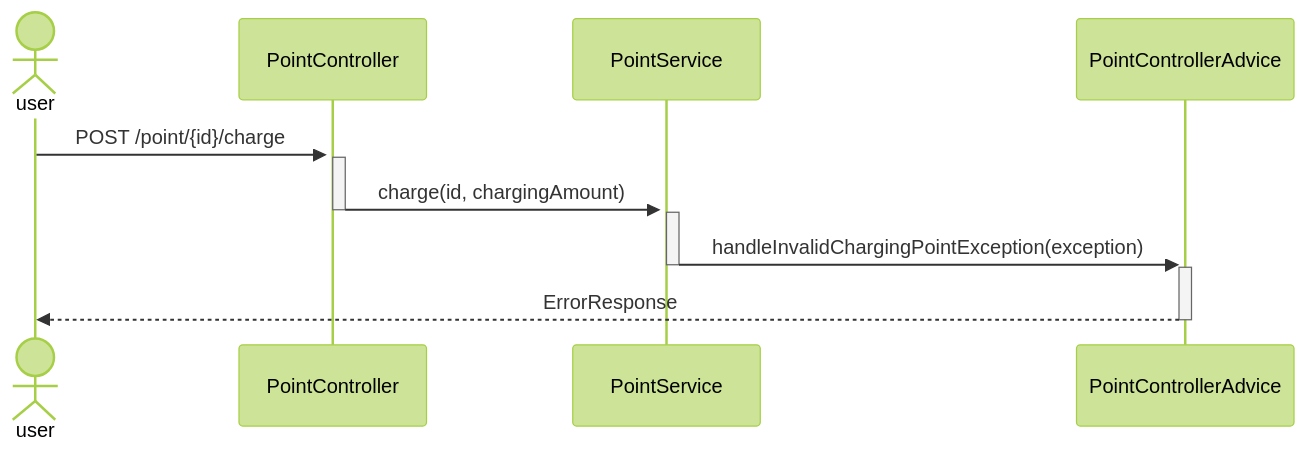
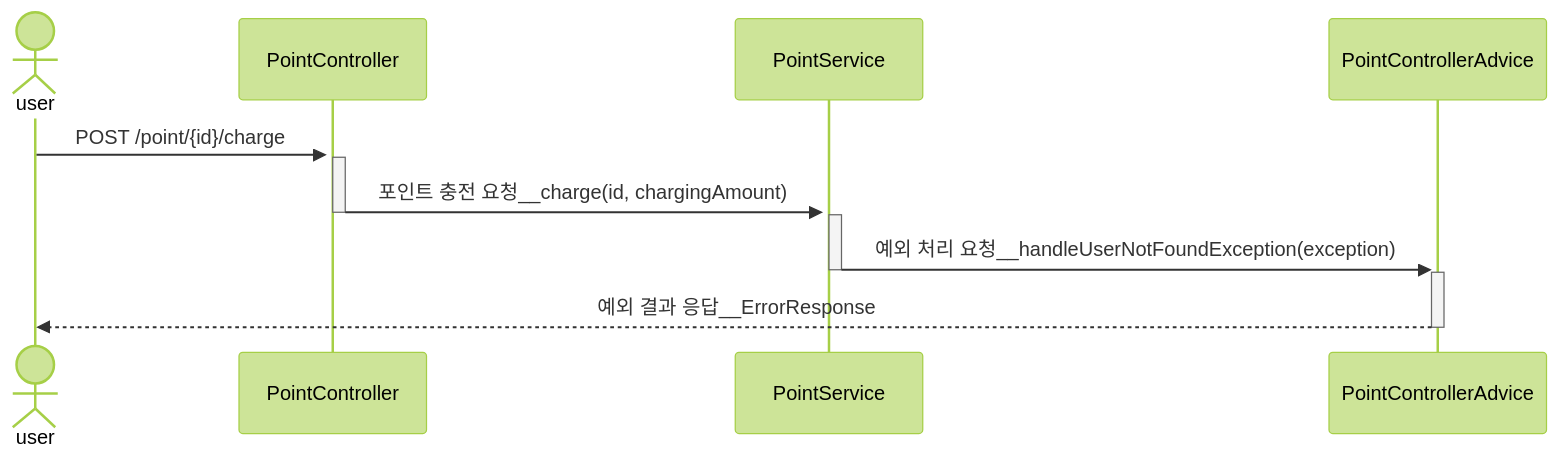
One commit to pbg0205/hhplus-tdd-java changed the second of 4 diagrams in documentation/유저_포인트_충전_API.md. Above: the diagram before and after it, drawn with Mermaid (forest theme). The commit also changed other lines of this file, not shown here.

Commit message:
docs: 유저 포인트 충전 API 행동 분석 실패 케이스 및 시퀀스 다이어그램 수정

````diff
--- a/documentation/유저_포인트_충전_API.md
+++ b/documentation/유저_포인트_충전_API.md
@@ -66,16 +71,16 @@
 ```mermaid
 sequenceDiagram
 actor user
-participant controller as PointController 
-participant service as PointService
-participant controllerAdvice as PointControllerAdvice 
+participant pointController as PointController 
+participant pointService as PointService
+participant pointControllerAdvice as PointControllerAdvice 
 
-user ->>+ controller: POST /point/{id}/charge
-activate controller
-controller ->>+ service: charge(id, chargingAmount)
-deactivate controller
-activate service
-service ->>+ controllerAdvice: handleInvalidChargingPointException(exception)
-deactivate service
-controllerAdvice -->>- user: ErrorResponse
+user ->>+ pointController: POST /point/{id}/charge
+activate pointController
+pointController ->>+ pointService: 포인트 충전 요청__charge(id, chargingAmount)
+deactivate pointController
+activate pointService
+pointService ->>+ pointControllerAdvice: 예외 처리 요청__handleUserNotFoundException(exception)
+deactivate pointService
+pointControllerAdvice -->>- user: 예외 결과 응답__ErrorResponse
 ```
````
